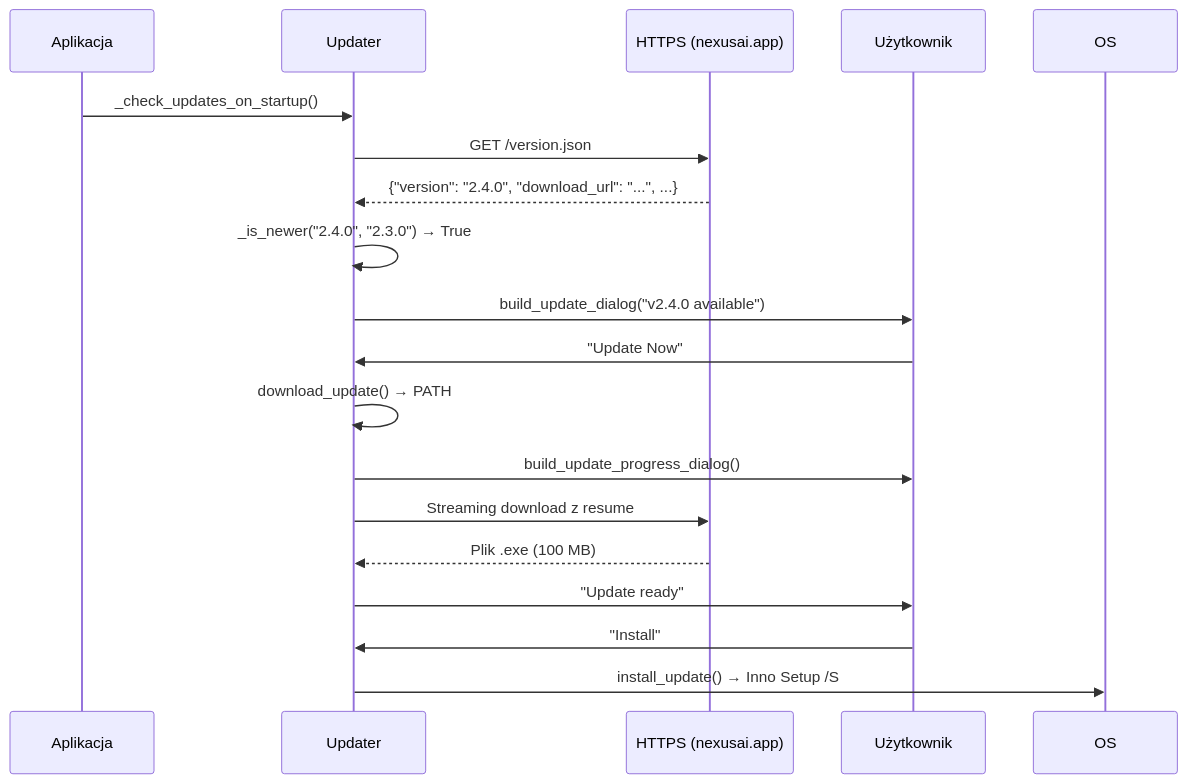
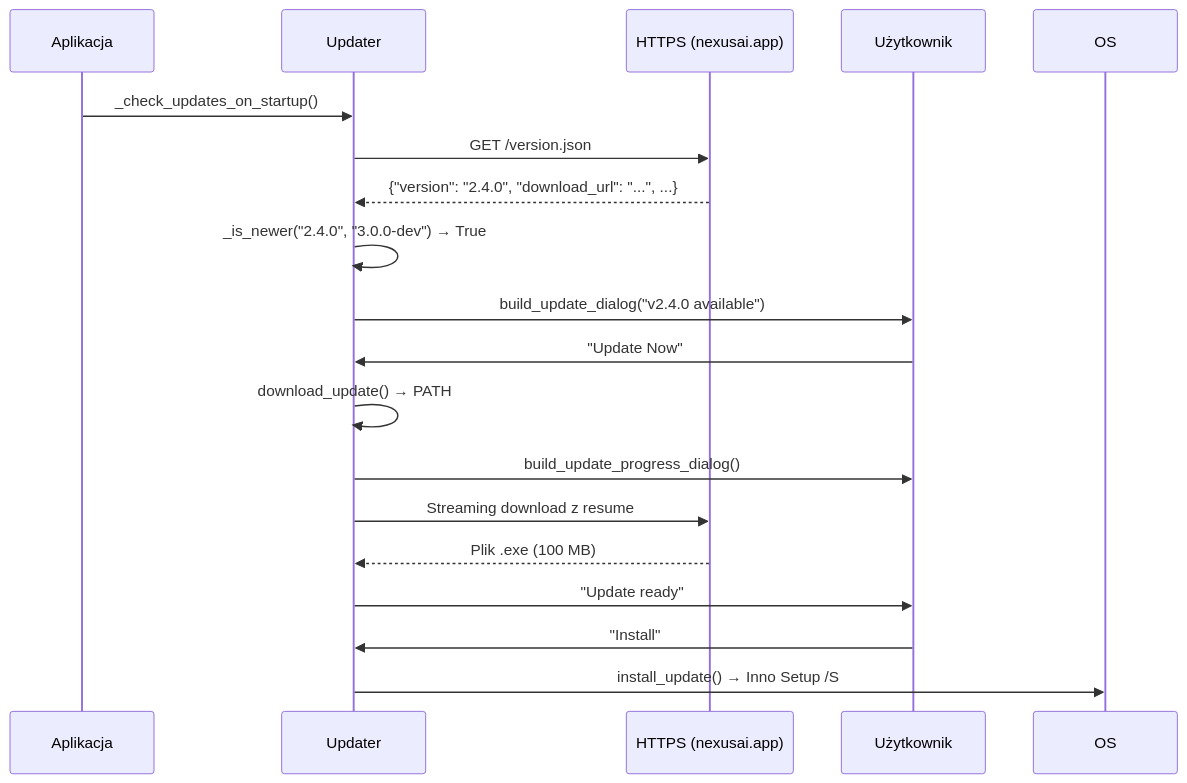
The second of 3 diagrams in docs/INSTALLER.md (Gorski-Maciej/NexusAI), drawn with Mermaid before and after one commit. The commit also changed other lines of this file and 52 other files, not shown here.

````diff
--- a/docs/INSTALLER.md
+++ b/docs/INSTALLER.md
@@ -167,25 +167,25 @@
 ```mermaid
 sequenceDiagram
     participant App as Aplikacja
     participant U as Updater
     participant HTTP as HTTPS (nexusai.app)
     participant User as Użytkownik
 
     App->>U: _check_updates_on_startup()
     U->>HTTP: GET /version.json
     HTTP-->>U: {"version": "2.4.0", "download_url": "...", ...}
     
-    U->>U: _is_newer("2.4.0", "2.3.0") → True
+    U->>U: _is_newer("2.4.0", "3.0.0-dev") → True
     
     U->>User: build_update_dialog("v2.4.0 available")
     
     User->>U: "Update Now"
     U->>U: download_update() → PATH
     U->>User: build_update_progress_dialog()
     U->>HTTP: Streaming download z resume
     
     HTTP-->>U: Plik .exe (100 MB)
     U->>User: "Update ready"
     User->>U: "Install"
     U->>OS: install_update() → Inno Setup /S
 ```
````
